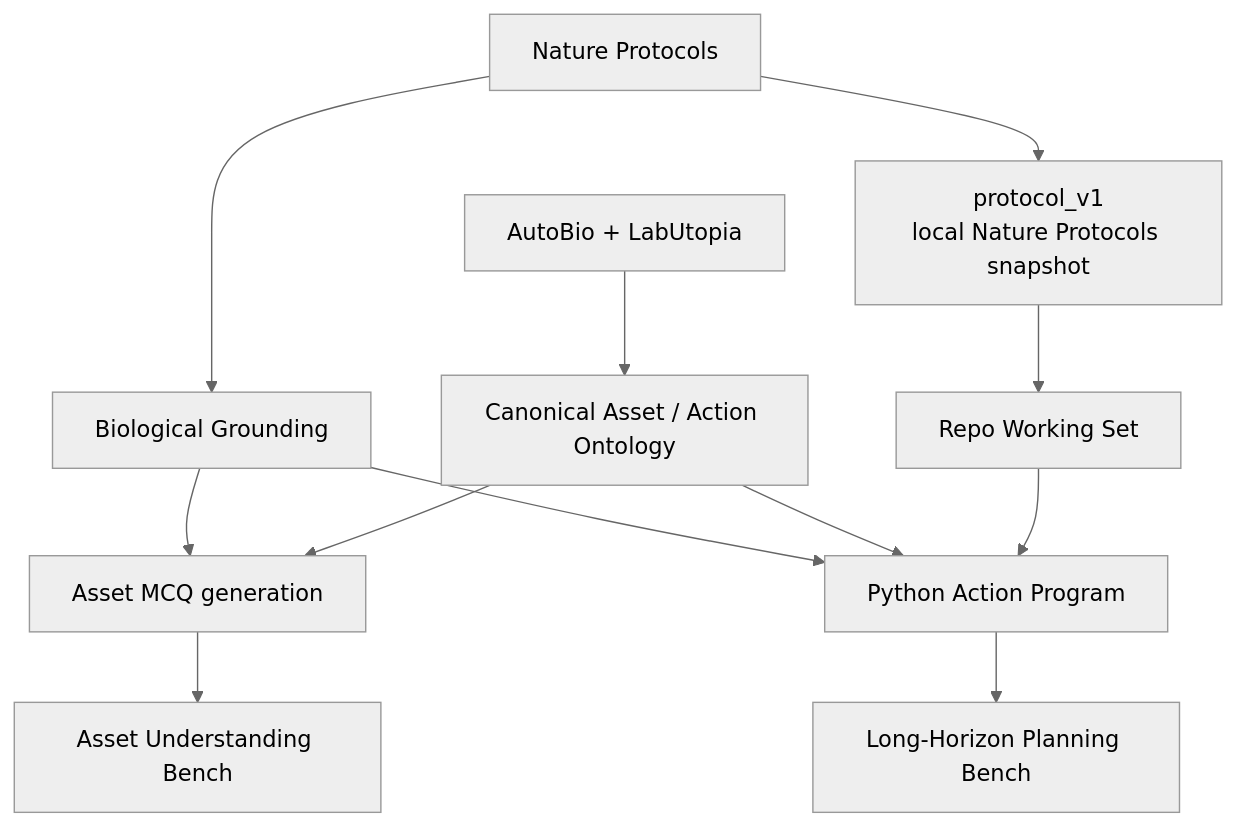
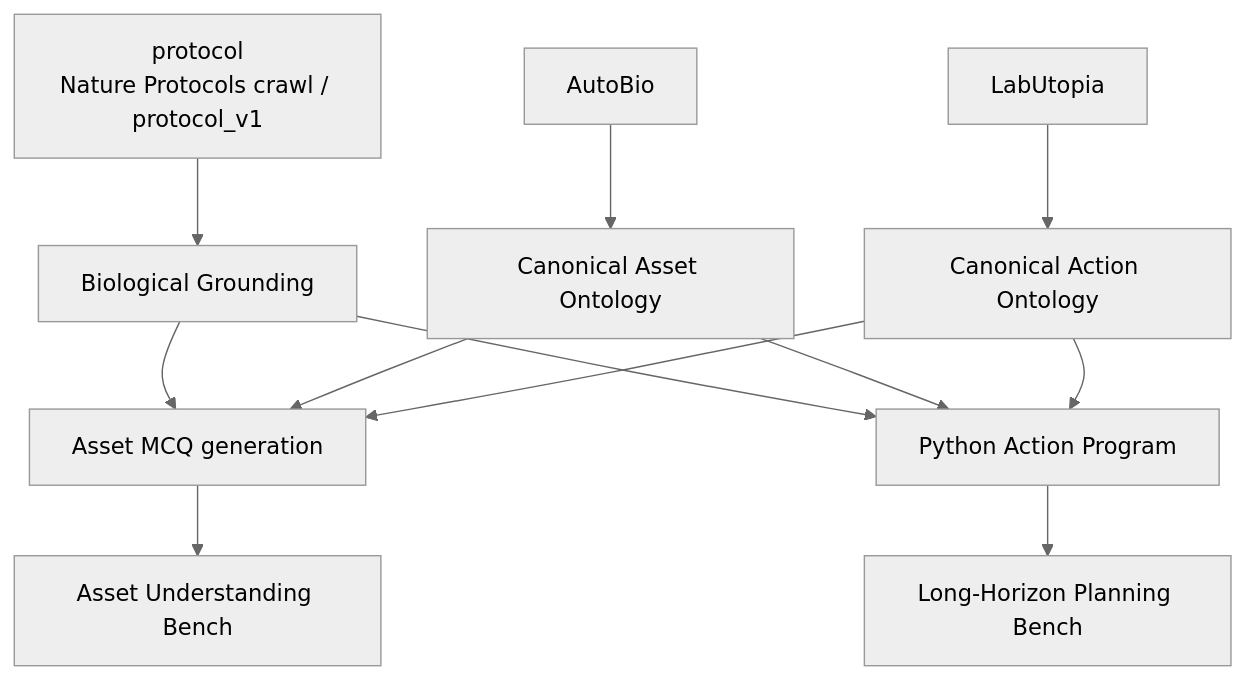
One commit to black-yt/LabOS changed the second of 2 diagrams in README.md. Above: the diagram before and after it, drawn with Mermaid (neutral theme). The commit also changed other lines of this file and 1 other file, not shown here.

````diff
--- a/README.md
+++ b/README.md
@@ -492,14 +496,14 @@
 ```mermaid
 flowchart TD
-    A[Nature Protocols] --> B[Biological Grounding]
-    C[AutoBio + LabUtopia] --> D[Canonical Asset / Action Ontology]
-    A --> E[protocol_v1<br/>local Nature Protocols snapshot]
-    E --> F[Repo Working Set]
+    A[protocol<br/>Nature Protocols crawl / protocol_v1] --> B[Biological Grounding]
+    C[AutoBio] --> D[Canonical Asset Ontology]
+    E[LabUtopia] --> F[Canonical Action Ontology]
     B --> G[Asset MCQ generation]
     D --> G
+    F --> G
     B --> H[Python Action Program]
     D --> H
     F --> H
     G --> I[Asset Understanding Bench]
     H --> J[Long-Horizon Planning Bench]
 ```
````
